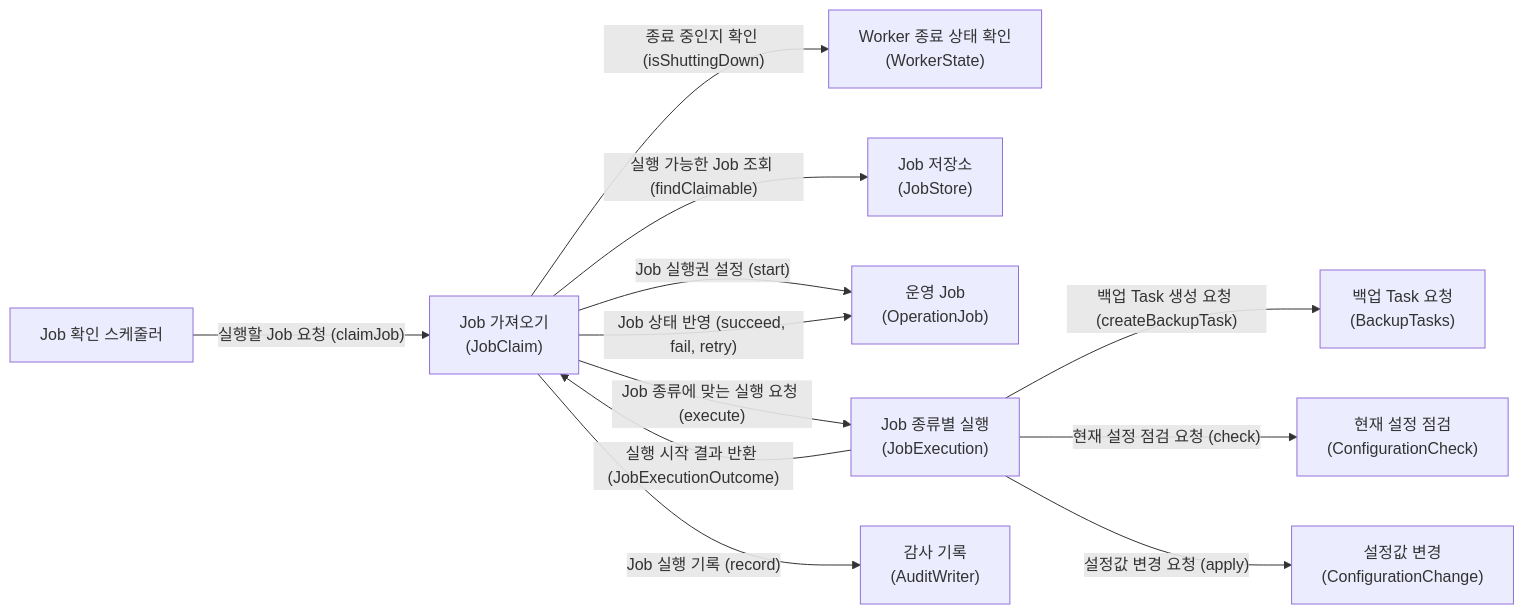
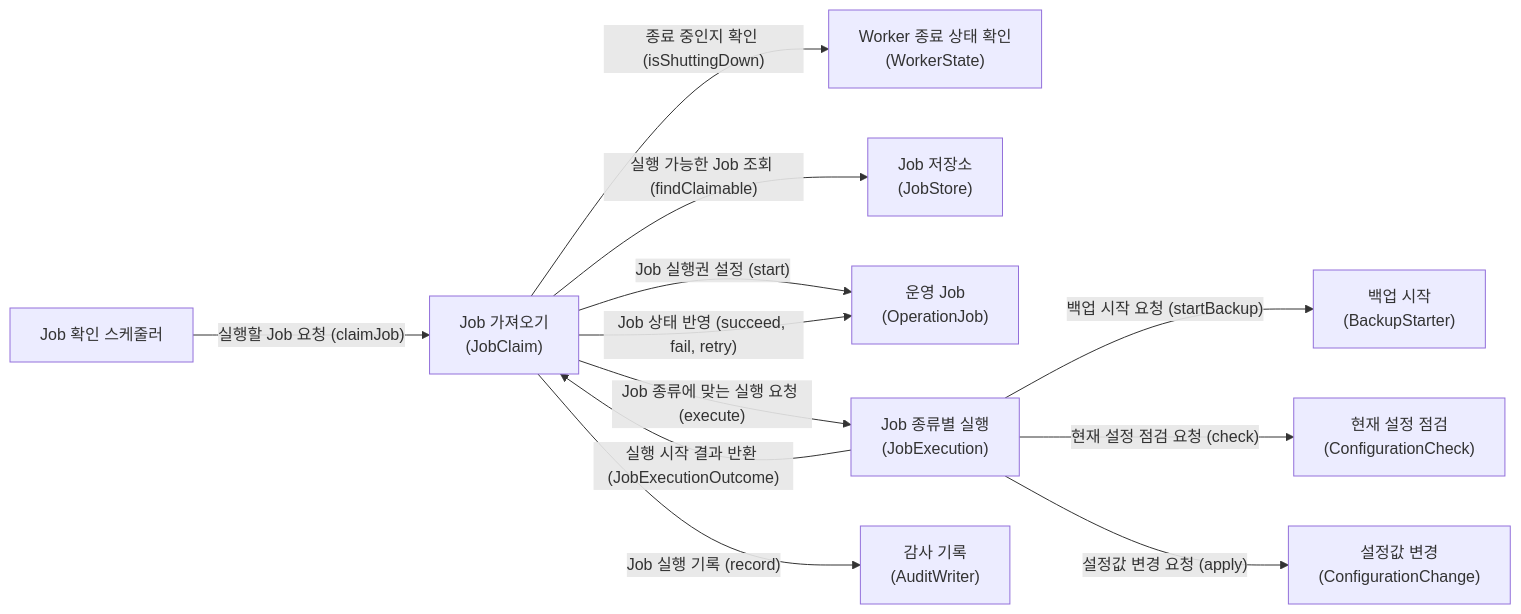
One commit to hsjni0110/db-fleet-ops changed the third of 10 diagrams in docs/diagram/유스케이스별-객체-관계.md. Above: the diagram before and after it, drawn with Mermaid. The commit also changed other lines of this file and 20 other files, not shown here.

````diff
--- a/docs/diagram/유스케이스별-객체-관계.md
+++ b/docs/diagram/유스케이스별-객체-관계.md
@@ -55,25 +55,25 @@
 ```mermaid
 flowchart LR
     SCHEDULER[Job 확인 스케줄러]
     CLAIM["Job 가져오기<br/>(JobClaim)"]
     WORKER_STATE["Worker 종료 상태 확인<br/>(WorkerState)"]
     STORE["Job 저장소<br/>(JobStore)"]
     JOB["운영 Job<br/>(OperationJob)"]
-    BACKUP["백업 Task 요청<br/>(BackupTasks)"]
+    BACKUP["백업 시작<br/>(BackupStarter)"]
     CONFIG_CHECK["현재 설정 점검<br/>(ConfigurationCheck)"]
     CONFIG_CHANGE["설정값 변경<br/>(ConfigurationChange)"]
     EXECUTION["Job 종류별 실행<br/>(JobExecution)"]
     AUDIT["감사 기록<br/>(AuditWriter)"]
 
     SCHEDULER -->|"실행할 Job 요청 (claimJob)"| CLAIM
     CLAIM -->|"종료 중인지 확인 (isShuttingDown)"| WORKER_STATE
     CLAIM -->|"실행 가능한 Job 조회 (findClaimable)"| STORE
     CLAIM -->|"Job 실행권 설정 (start)"| JOB
     CLAIM -->|"Job 종류에 맞는 실행 요청 (execute)"| EXECUTION
-    EXECUTION -->|"백업 Task 생성 요청 (createBackupTask)"| BACKUP
+    EXECUTION -->|"백업 시작 요청 (startBackup)"| BACKUP
     EXECUTION -->|"현재 설정 점검 요청 (check)"| CONFIG_CHECK
     EXECUTION -->|"설정값 변경 요청 (apply)"| CONFIG_CHANGE
     EXECUTION -->|"실행 시작 결과 반환 (JobExecutionOutcome)"| CLAIM
     CLAIM -->|"Job 상태 반영 (succeed, fail, retry)"| JOB
     CLAIM -->|"Job 실행 기록 (record)"| AUDIT
 ```
````
